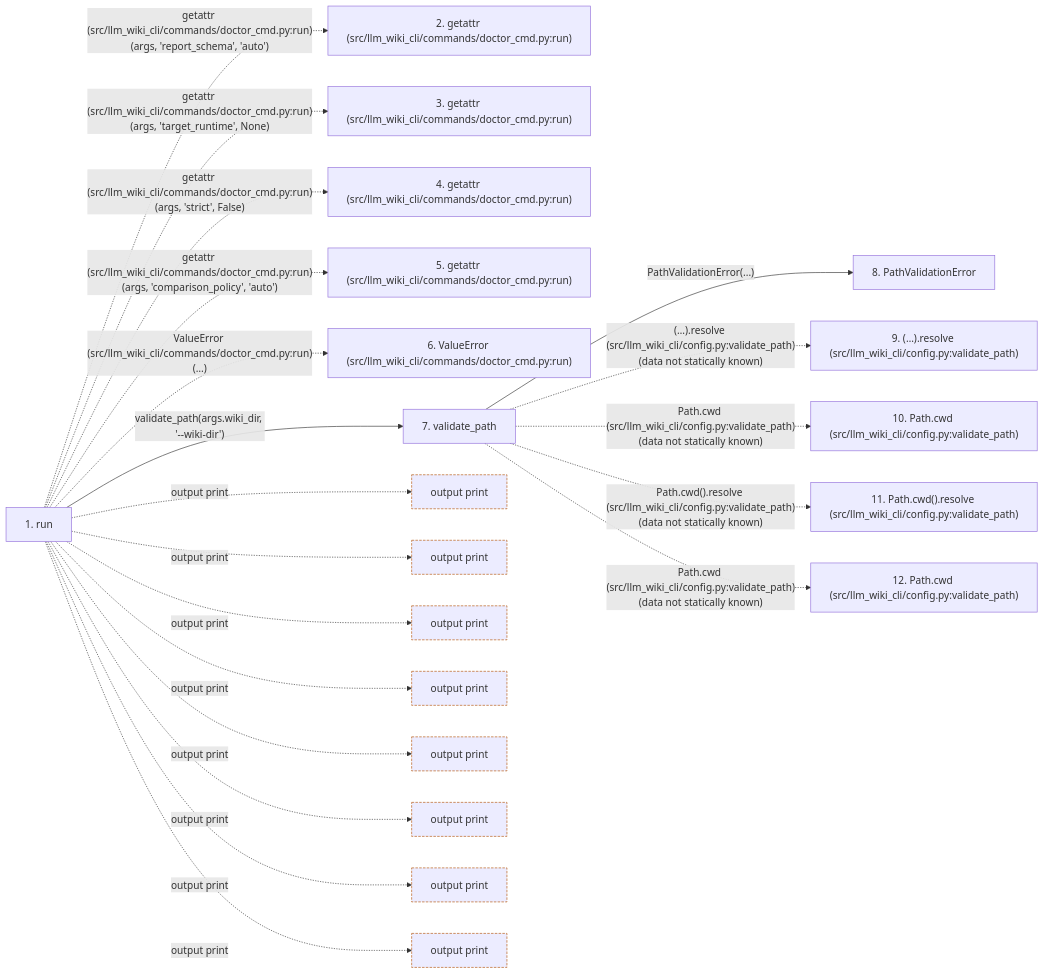
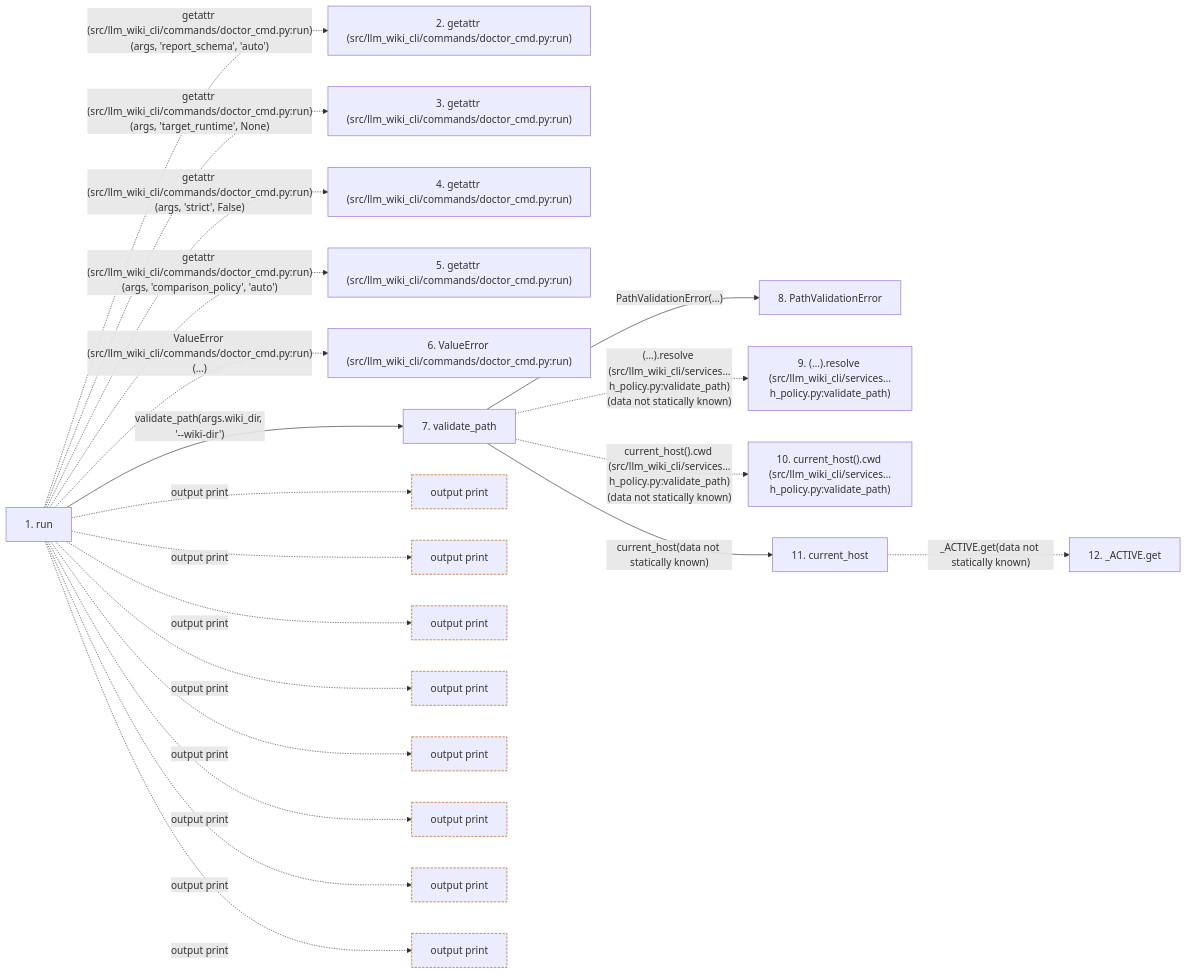
One commit to Denissvgn/python-wiki-llm changed the second of 2 diagrams in docs/llm_wiki/flows/cli-doctor.md. Above: the diagram before and after it, drawn with Mermaid. The commit also changed other lines of this file and 1555 other files, not shown here.

````diff
--- a/docs/llm_wiki/flows/cli-doctor.md
+++ b/docs/llm_wiki/flows/cli-doctor.md
@@ -204,54 +205,55 @@
 ```mermaid
 flowchart LR
     s1["1. run"]
     s2["2. getattr (src/llm_wiki_cli/commands/doctor_cmd.py:run)"]
     s3["3. getattr (src/llm_wiki_cli/commands/doctor_cmd.py:run)"]
     s4["4. getattr (src/llm_wiki_cli/commands/doctor_cmd.py:run)"]
     s5["5. getattr (src/llm_wiki_cli/commands/doctor_cmd.py:run)"]
     s6["6. ValueError (src/llm_wiki_cli/commands/doctor_cmd.py:run)"]
     s7["7. validate_path"]
     s8["8. PathValidationError"]
-    s9["9. (…).resolve (src/llm_wiki_cli/config.py:validate_path)"]
-    s10["10. Path.cwd (src/llm_wiki_cli/config.py:validate_path)"]
-    s11["11. Path.cwd().resolve (src/llm_wiki_cli/config.py:validate_path)"]
-    s12["12. Path.cwd (src/llm_wiki_cli/config.py:validate_path)"]
+    s9["9. (…).resolve (src/llm_wiki_cli/services…h_policy.py:validate_path)"]
+    s10["10. current_host().cwd (src/llm_wiki_cli/services…h_policy.py:validate_path)"]
+    s11["11. current_host"]
+    s12["12. _ACTIVE.get"]
     s1 -. "getattr (src/llm_wiki_cli/commands/doctor_cmd.py:run)(args, 'report_schema', 'auto')" .-> s2
     s1 -. "getattr (src/llm_wiki_cli/commands/doctor_cmd.py:run)(args, 'target_runtime', None)" .-> s3
     s1 -. "getattr (src/llm_wiki_cli/commands/doctor_cmd.py:run)(args, 'strict', False)" .-> s4
     s1 -. "getattr (src/llm_wiki_cli/commands/doctor_cmd.py:run)(args, 'comparison_policy', 'auto')" .-> s5
     s1 -. "ValueError (src/llm_wiki_cli/commands/doctor_cmd.py:run)(…)" .-> s6
     s1 -->|"validate_path(args.wiki_dir, '--wiki-dir')"| s7
     s7 -->|"PathValidationError(...)"| s8
-    s7 -. "(…).resolve (src/llm_wiki_cli/config.py:validate_path)(data not statically known)" .-> s9
-    s7 -. "Path.cwd (src/llm_wiki_cli/config.py:validate_path)(data not statically known)" .-> s10
-    s7 -. "Path.cwd().resolve (src/llm_wiki_cli/config.py:validate_path)(data not statically known)" .-> s11
-    s7 -. "Path.cwd (src/llm_wiki_cli/config.py:validate_path)(data not statically known)" .-> s12
+    s7 -. "(…).resolve (src/llm_wiki_cli/services…h_policy.py:validate_path)(data not statically known)" .-> s9
+    s7 -. "current_host().cwd (src/llm_wiki_cli/services…h_policy.py:validate_path)(data not statically known)" .-> s10
+    s7 -->|"current_host(data not statically known)"| s11
+    s11 -. "_ACTIVE.get(data not statically known)" .-> s12
     b0["output print"]
     s1 -. "output print" .-> b0
     b1["output print"]
     s1 -. "output print" .-> b1
     b2["output print"]
     s1 -. "output print" .-> b2
     b3["output print"]
     s1 -. "output print" .-> b3
     b4["output print"]
     s1 -. "output print" .-> b4
     b5["output print"]
     s1 -. "output print" .-> b5
     b6["output print"]
     s1 -. "output print" .-> b6
     b7["output print"]
     s1 -. "output print" .-> b7
     click s1 "../modules/doctor_cmd.md"
-    click s7 "../modules/config.md"
-    click s8 "../modules/config.md"
+    click s7 "../modules/path_policy.md"
+    click s8 "../modules/path_policy.md"
+    click s11 "../modules/host.md"
     classDef boundary stroke:#b45309,stroke-dasharray: 4 2
     class b0 boundary
     class b1 boundary
     class b2 boundary
     class b3 boundary
     class b4 boundary
     class b5 boundary
     class b6 boundary
     class b7 boundary
 ```
````
